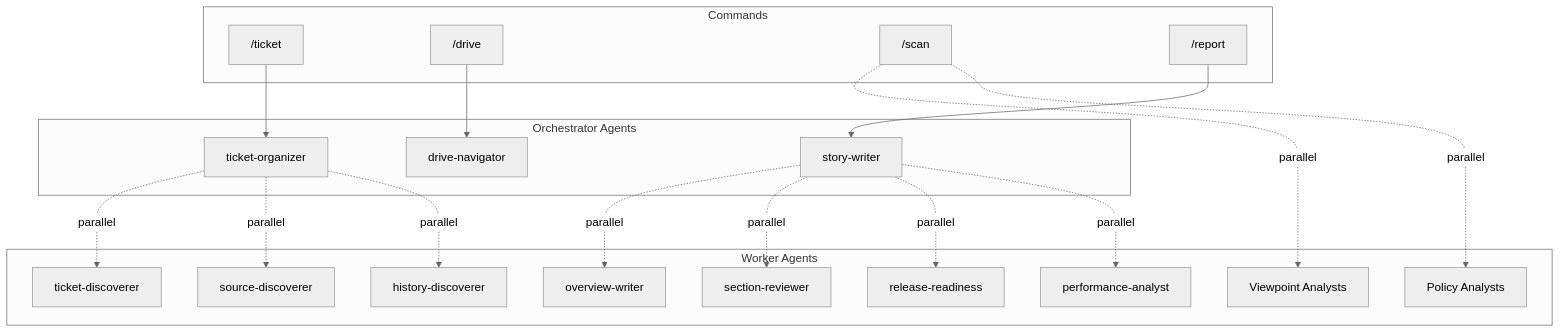
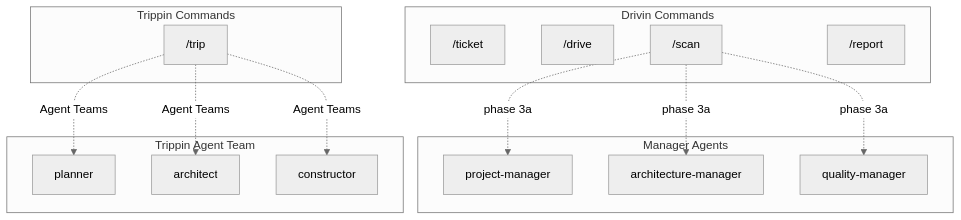
Before and after one commit to qmu/workaholic: the second of 2 diagrams in .workaholic/specs/component_ja.md, drawn with Mermaid (neutral theme). The commit also changed other lines of this file and 57 other files, not shown here.

````diff
--- a/.workaholic/specs/component_ja.md
+++ b/.workaholic/specs/component_ja.md
@@ -147,43 +193,33 @@
 ```mermaid
 flowchart TD
-    subgraph Commands
+    subgraph "Drivin Commands"
         ticket["/ticket"]
         drive["/drive"]
         scan["/scan"]
         report["/report"]
     end
 
-    subgraph "Orchestrator Agents"
-        TO[ticket-organizer]
-        DN[drive-navigator]
-        SW[story-writer]
+    subgraph "Trippin Commands"
+        trip["/trip"]
     end
 
-    subgraph "Worker Agents"
-        TD[ticket-discoverer]
-        SD[source-discoverer]
-        HD[history-discoverer]
-        VA[Viewpoint Analysts]
-        PA[Policy Analysts]
-        OW[overview-writer]
-        SR[section-reviewer]
-        RR[release-readiness]
-        PERF[performance-analyst]
+    subgraph "Manager Agents"
+        PM[project-manager]
+        AM[architecture-manager]
+        QM[quality-manager]
     end
 
-    ticket --> TO
-    TO -.parallel.-> TD
-    TO -.parallel.-> SD
-    TO -.parallel.-> HD
+    subgraph "Trippin Agent Team"
+        PL[planner]
+        AR[architect]
+        CO[constructor]
+    end
 
-    drive --> DN
+    scan -.phase 3a.-> PM
+    scan -.phase 3a.-> AM
+    scan -.phase 3a.-> QM
 
-    scan -.parallel.-> VA
-    scan -.parallel.-> PA
-
-    report --> SW
-    SW -.parallel.-> OW
-    SW -.parallel.-> SR
-    SW -.parallel.-> RR
-    SW -.parallel.-> PERF
+    trip -.Agent Teams.-> PL
+    trip -.Agent Teams.-> AR
+    trip -.Agent Teams.-> CO
 ```
````
